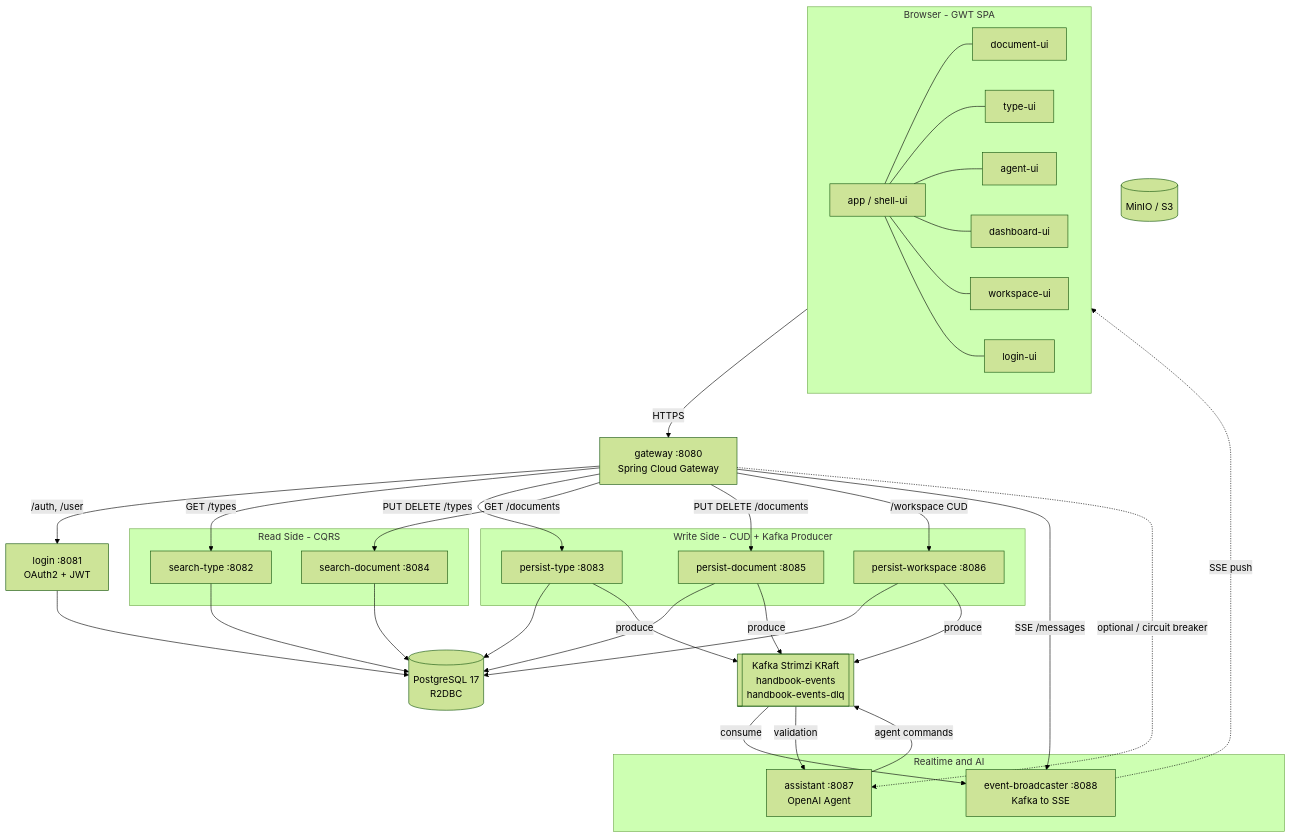
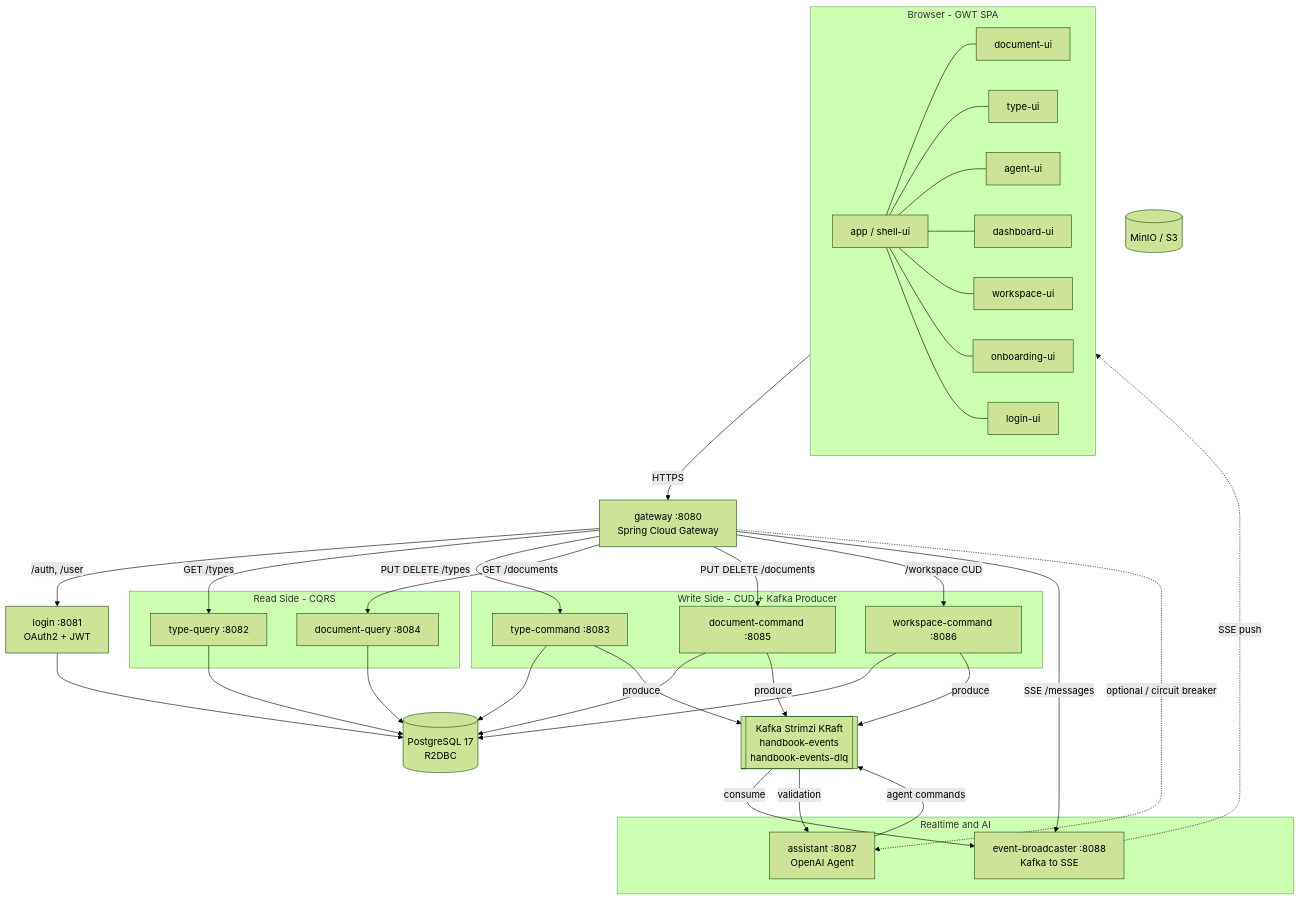
The diagram in docs/system-overview.md (sayaya1090/handbook), drawn with Mermaid (forest theme) before and after one commit. The commit also changed other lines of this file and 620 other files, not shown here.

````diff
--- a/docs/system-overview.md
+++ b/docs/system-overview.md
@@ -7,70 +7,72 @@
 ```mermaid
 flowchart TB
     subgraph Client ["Browser - GWT SPA"]
         APP[app / shell-ui]
         DOC_UI[document-ui]
         TYPE_UI[type-ui]
         AGENT_UI[agent-ui]
         DASH[dashboard-ui]
         WS_UI[workspace-ui]
+        ONBOARD_UI[onboarding-ui]
         LOGIN_UI[login-ui]
         APP --- DOC_UI
         APP --- TYPE_UI
         APP --- AGENT_UI
         APP --- DASH
         APP --- WS_UI
+        APP --- ONBOARD_UI
         APP --- LOGIN_UI
     end
 
     GW[gateway :8080<br/>Spring Cloud Gateway]
 
     Client -->|HTTPS| GW
 
     LOGIN[login :8081<br/>OAuth2 + JWT]
 
     subgraph Write ["Write Side - CUD + Kafka Producer"]
-        P_TYPE[persist-type :8083]
-        P_DOC[persist-document :8085]
-        P_WS[persist-workspace :8086]
+        P_TYPE[type-command :8083]
+        P_DOC[document-command :8085]
+        P_WS[workspace-command :8086]
     end
 
     subgraph Read ["Read Side - CQRS"]
-        S_TYPE[search-type :8082]
-        S_DOC[search-document :8084]
+        S_TYPE[type-query :8082]
+        S_DOC[document-query :8084]
     end
 
     subgraph Realtime ["Realtime and AI"]
         EB[event-broadcaster :8088<br/>Kafka to SSE]
         ASSIST[assistant :8087<br/>OpenAI Agent]
     end
 
     GW -->|/auth, /user| LOGIN
     GW -->|GET /types| S_TYPE
     GW -->|PUT DELETE /types| P_TYPE
     GW -->|GET /documents| S_DOC
     GW -->|PUT DELETE /documents| P_DOC
     GW -->|/workspace CUD| P_WS
     GW -->|SSE /messages| EB
     GW -.->|optional / circuit breaker| ASSIST
 
     PG[(PostgreSQL 17<br/>R2DBC)]
     KAFKA[[Kafka Strimzi KRaft<br/>handbook-events<br/>handbook-events-dlq]]
     S3[(MinIO / S3)]
 
     LOGIN --> PG
     P_TYPE --> PG
     P_DOC --> PG
     P_WS --> PG
     S_TYPE --> PG
     S_DOC --> PG
 
     P_TYPE -->|produce| KAFKA
     P_DOC -->|produce| KAFKA
     P_WS -->|produce| KAFKA
     ASSIST -->|agent commands| KAFKA
 
     KAFKA -->|consume| EB
     KAFKA -->|validation| ASSIST
 
     EB -.->|SSE push| Client
 ```
````
